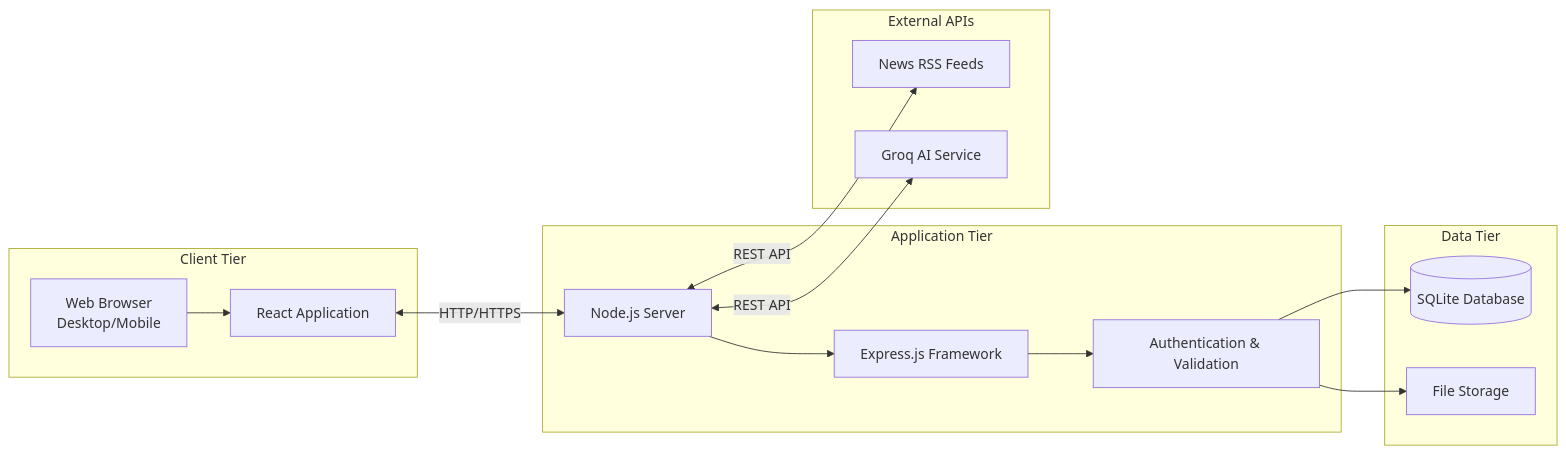
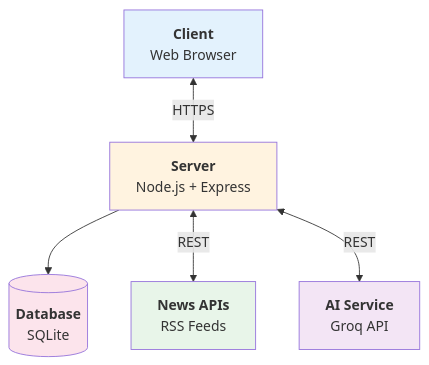
One commit to Arshi9214/News-Aggregator-and-Analysis changed the second of 14 diagrams in README.md. Above: the diagram before and after it, drawn with Mermaid. The commit also changed other lines of this file, not shown here.

````diff
--- a/README.md
+++ b/README.md
@@ -114,32 +62,19 @@
 ```mermaid
-graph LR
-    subgraph "Client Tier"
-        WEB[Web Browser<br/>Desktop/Mobile]
-        UI[React Application]
-    end
+graph TD
+    CLIENT["<b>Client</b><br/>Web Browser"]
+    SERVER["<b>Server</b><br/>Node.js + Express"]
+    DB[("<b>Database</b><br/>SQLite")]
+    NEWS["<b>News APIs</b><br/>RSS Feeds"]
+    AI["<b>AI Service</b><br/>Groq API"]
     
-    subgraph "Application Tier"
-        SERVER[Node.js Server]
-        EXPRESS[Express.js Framework]
-        MIDDLEWARE[Authentication & Validation]
-    end
+    CLIENT <-->|HTTPS| SERVER
+    SERVER --> DB
+    SERVER <-->|REST| NEWS
+    SERVER <-->|REST| AI
     
-    subgraph "Data Tier"
-        DATABASE[(SQLite Database)]
-        FILES[File Storage]
-    end
-    
-    subgraph "External APIs"
-        NEWS_API[News RSS Feeds]
-        AI_API[Groq AI Service]
-    end
-    
-    WEB --> UI
-    UI <-->|HTTP/HTTPS| SERVER
-    SERVER --> EXPRESS
-    EXPRESS --> MIDDLEWARE
-    MIDDLEWARE --> DATABASE
-    MIDDLEWARE --> FILES
-    SERVER <-->|REST API| NEWS_API
-    SERVER <-->|REST API| AI_API
+    style CLIENT fill:#e3f2fd
+    style SERVER fill:#fff3e0
+    style DB fill:#fce4ec
+    style NEWS fill:#e8f5e9
+    style AI fill:#f3e5f5
 ```
````
